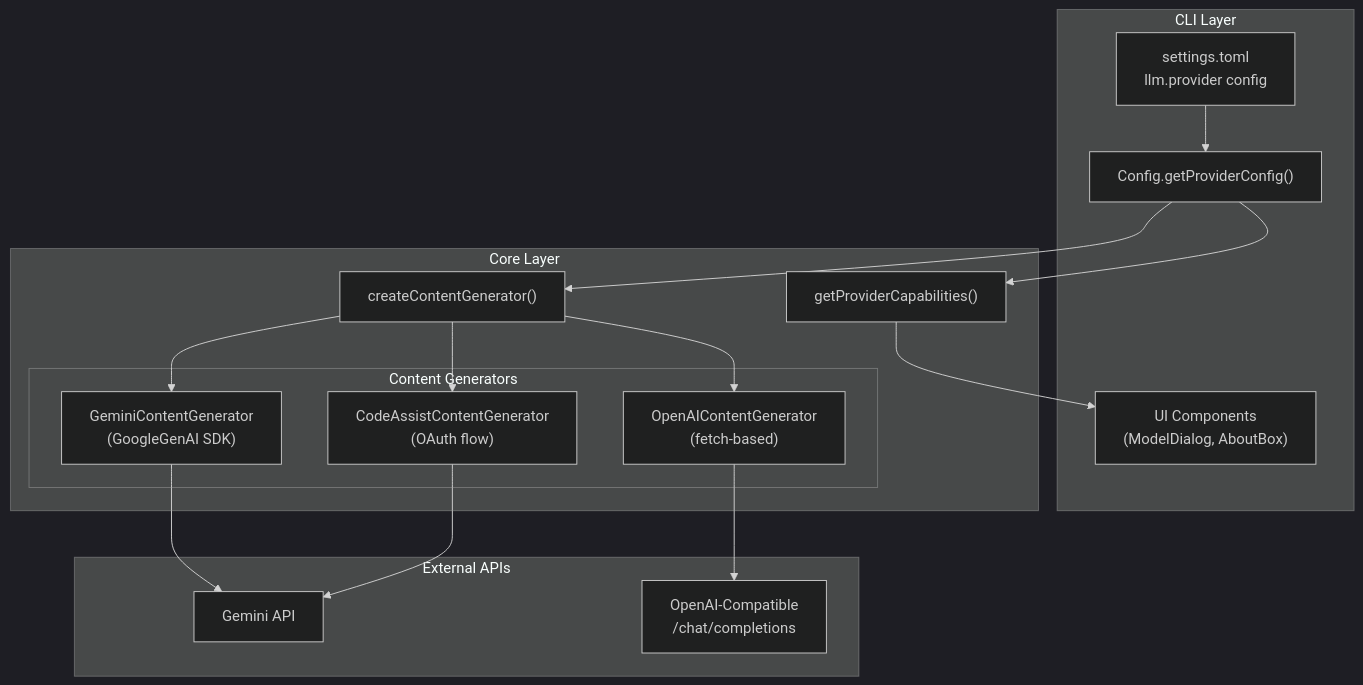
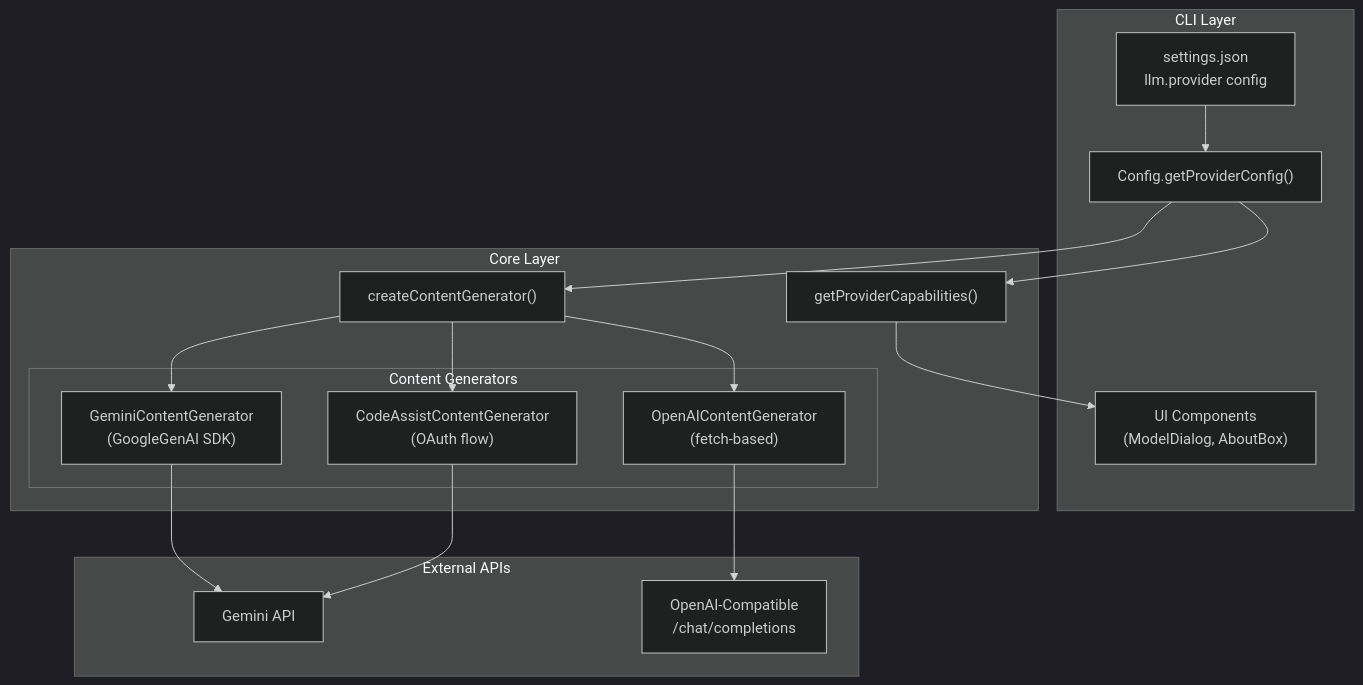
Before and after one commit to Prof-Harita/terminaI: the first of 3 diagrams in docs-terminai/multi-llm-support.md, drawn with Mermaid (dark theme). The commit also changed other lines of this file and 178 other files, not shown here.

````diff
--- a/docs-terminai/multi-llm-support.md
+++ b/docs-terminai/multi-llm-support.md
@@ -15,35 +15,35 @@
 ```mermaid
 flowchart TB
     subgraph CLI["CLI Layer"]
-        Settings["settings.toml<br/>llm.provider config"]
+        Settings["settings.json<br/>llm.provider config"]
         Config["Config.getProviderConfig()"]
         UI["UI Components<br/>(ModelDialog, AboutBox)"]
     end
 
     subgraph Core["Core Layer"]
         Factory["createContentGenerator()"]
         Capabilities["getProviderCapabilities()"]
 
         subgraph Generators["Content Generators"]
             Gemini["GeminiContentGenerator<br/>(GoogleGenAI SDK)"]
             OpenAI["OpenAIContentGenerator<br/>(fetch-based)"]
             CodeAssist["CodeAssistContentGenerator<br/>(OAuth flow)"]
         end
     end
 
     subgraph External["External APIs"]
         GeminiAPI["Gemini API"]
         OpenAIAPI["OpenAI-Compatible<br/>/chat/completions"]
     end
 
     Settings --> Config
     Config --> Factory
     Config --> Capabilities
     Capabilities --> UI
     Factory --> Gemini
     Factory --> OpenAI
     Factory --> CodeAssist
     Gemini --> GeminiAPI
     OpenAI --> OpenAIAPI
     CodeAssist --> GeminiAPI
 ```
````
